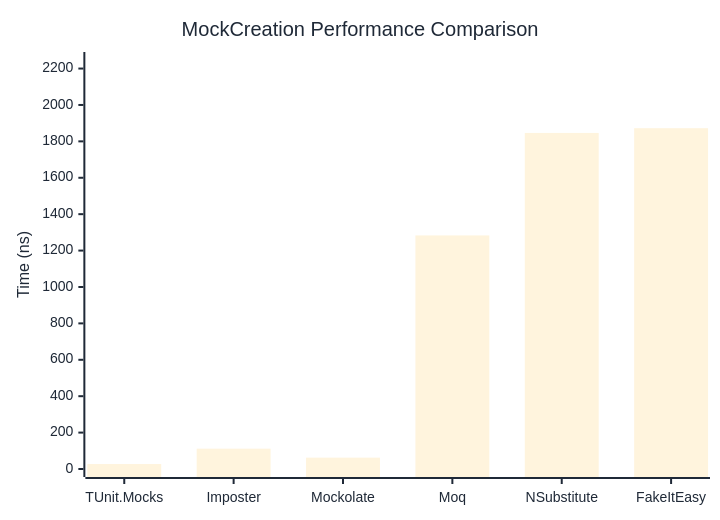
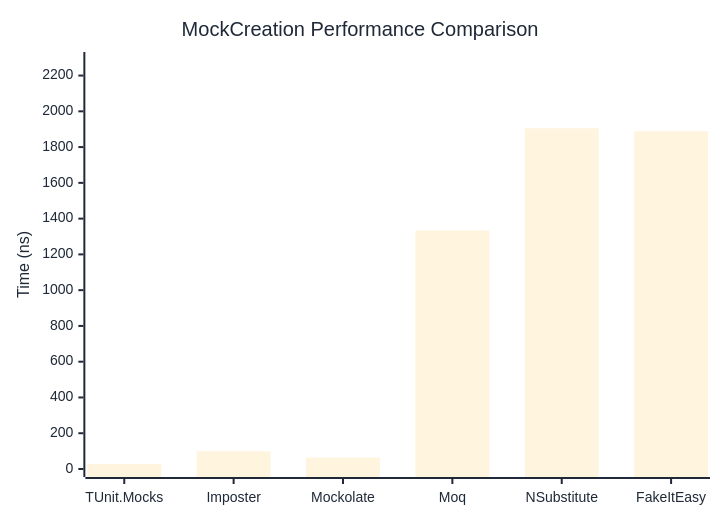
Before and after one commit to thomhurst/TUnit: the first of 2 diagrams in docs/docs/benchmarks/mocks/MockCreation.md, drawn with Mermaid. The commit also changed other lines of this file and 14 other files, not shown here.

````diff
--- a/docs/docs/benchmarks/mocks/MockCreation.md
+++ b/docs/docs/benchmarks/mocks/MockCreation.md
@@ -30,27 +30,27 @@
 ```mermaid
 %%{init: {
   'theme':'base',
   'themeVariables': {
     'primaryColor': '#2563eb',
     'primaryTextColor': '#1f2937',
     'primaryBorderColor': '#1e40af',
     'lineColor': '#6b7280',
     'secondaryColor': '#7c3aed',
     'tertiaryColor': '#dc2626',
     'background': '#ffffff',
     'pie1': '#2563eb',
     'pie2': '#7c3aed',
     'pie3': '#dc2626',
     'pie4': '#f59e0b',
     'pie5': '#10b981',
     'pie6': '#06b6d4',
     'pie7': '#ec4899',
     'pie8': '#6366f1'
   }
 }}%%
 xychart-beta
   title "MockCreation Performance Comparison"
   x-axis ["TUnit.Mocks", "Imposter", "Mockolate", "Moq", "NSubstitute", "FakeItEasy"]
-  y-axis "Time (ns)" 0 --> 2247
-  bar [27.21, 111.72, 62.36, 1283.25, 1846.29, 1872.38]
+  y-axis "Time (ns)" 0 --> 2287
+  bar [27.7, 99.53, 63.75, 1333.88, 1905.17, 1888.64]
 ```
````
